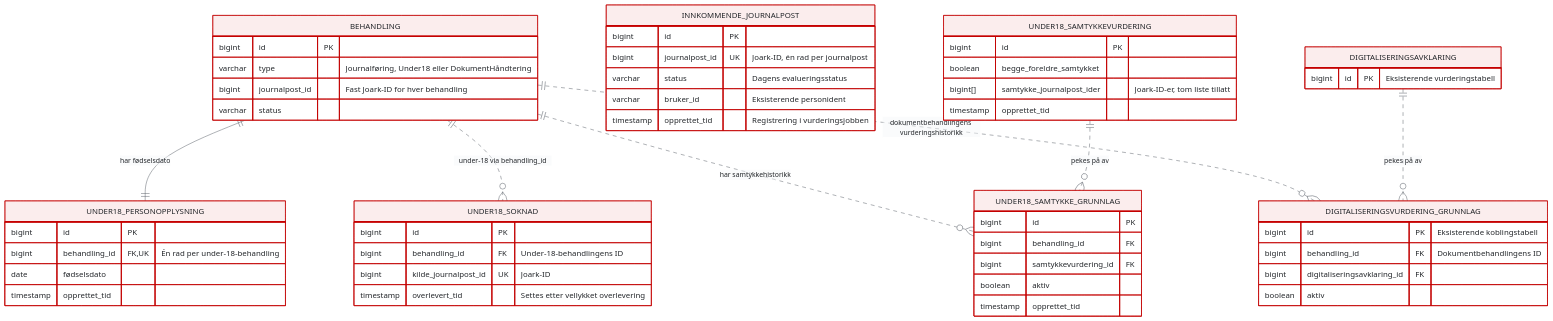
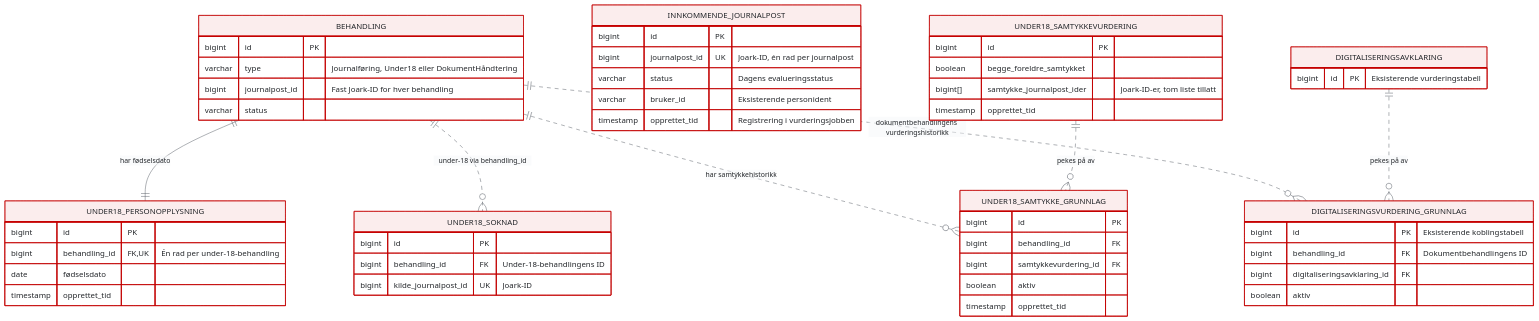
Before and after one commit to navikt/aap-postmottak-backend: the third of 6 diagrams in under-18-flyt.md, drawn with Mermaid. The commit also changed other lines of this file and 7 other files, not shown here.

````diff
--- a/under-18-flyt.md
+++ b/under-18-flyt.md
@@ -328,58 +327,57 @@
 ```mermaid
 %%{init: {"theme":"base","themeVariables":{"primaryColor":"#FBEDED","primaryTextColor":"#23262A","primaryBorderColor":"#C30000","lineColor":"#5B6169","tertiaryColor":"#F6F7F9","attributeBackgroundColorOdd":"#F6F7F9","attributeBackgroundColorEven":"#FFFFFF","background":"#FFFFFF"}}}%%
 erDiagram
     BEHANDLING {
         bigint id PK
         varchar type "Journalføring, Under18 eller DokumentHåndtering"
         bigint journalpost_id "Fast Joark-ID for hver behandling"
         varchar status
     }
     UNDER18_PERSONOPPLYSNING {
         bigint id PK
         bigint behandling_id FK,UK "Én rad per under-18-behandling"
         date fødselsdato
         timestamp opprettet_tid
     }
     UNDER18_SOKNAD {
         bigint id PK
         bigint behandling_id FK "Under-18-behandlingens ID"
         bigint kilde_journalpost_id UK "Joark-ID"
-        timestamp overlevert_tid "Settes etter vellykket overlevering"
     }
     INNKOMMENDE_JOURNALPOST {
         bigint id PK
         bigint journalpost_id UK "Joark-ID, én rad per journalpost"
         varchar status "Dagens evalueringsstatus"
         varchar bruker_id "Eksisterende personident"
         timestamp opprettet_tid "Registrering i vurderingsjobben"
     }
     UNDER18_SAMTYKKEVURDERING {
         bigint id PK
         boolean begge_foreldre_samtykket
         bigint[] samtykke_journalpost_ider "Joark-ID-er, tom liste tillatt"
         timestamp opprettet_tid
     }
     UNDER18_SAMTYKKE_GRUNNLAG {
         bigint id PK
         bigint behandling_id FK
         bigint samtykkevurdering_id FK
         boolean aktiv
         timestamp opprettet_tid
     }
     DIGITALISERINGSAVKLARING {
         bigint id PK "Eksisterende vurderingstabell"
     }
     DIGITALISERINGSVURDERING_GRUNNLAG {
         bigint id PK "Eksisterende koblingstabell"
         bigint behandling_id FK "Dokumentbehandlingens ID"
         bigint digitaliseringsavklaring_id FK
         boolean aktiv
     }
 
     BEHANDLING ||--|| UNDER18_PERSONOPPLYSNING : "har fødselsdato"
     BEHANDLING ||..o{ UNDER18_SOKNAD : "under-18 via behandling_id"
     BEHANDLING ||..o{ UNDER18_SAMTYKKE_GRUNNLAG : "har samtykkehistorikk"
     UNDER18_SAMTYKKEVURDERING ||..o{ UNDER18_SAMTYKKE_GRUNNLAG : "pekes på av"
     BEHANDLING ||..o{ DIGITALISERINGSVURDERING_GRUNNLAG : "dokumentbehandlingens vurderingshistorikk"
     DIGITALISERINGSAVKLARING ||..o{ DIGITALISERINGSVURDERING_GRUNNLAG : "pekes på av"
 ```
````
